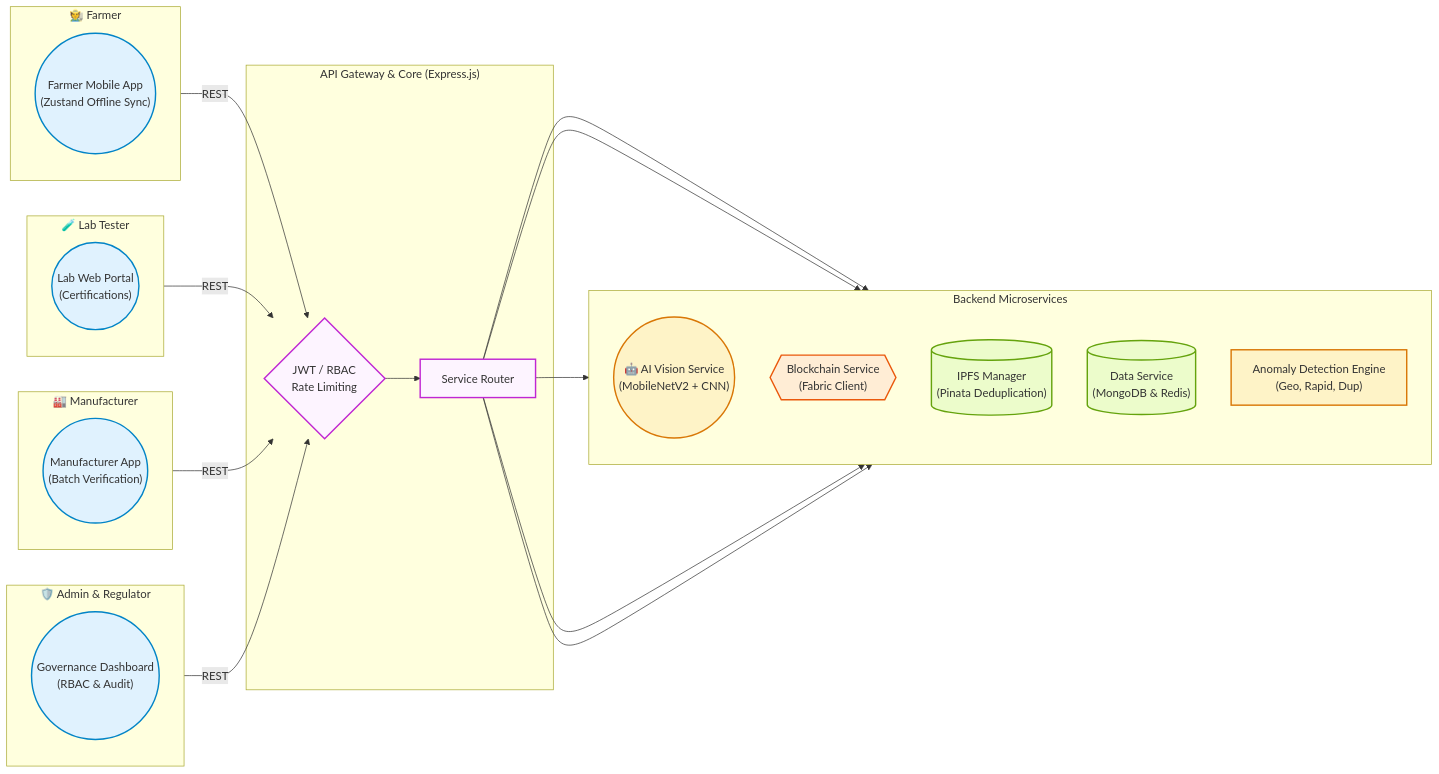
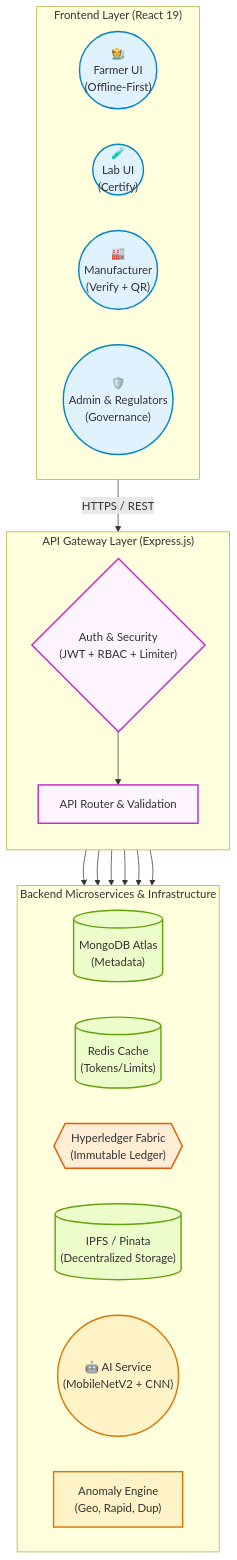
The first of 3 diagrams in README.md (Shravanis30/BotaniLedger), drawn with Mermaid before and after one commit.

Commit message:
docs: restructure architecture diagram to vertical hierarchy

````diff
--- a/README.md
+++ b/README.md
@@ -40,60 +40,54 @@
 ```mermaid
-flowchart LR
-    %% Client Apps
-    subgraph Farmers ["🧑‍🌾 Farmer"]
-        F_App(("Farmer Mobile App<br/>(Zustand Offline Sync)"))
+flowchart TD
+    %% Frontend Layer
+    subgraph Frontend ["Frontend Layer (React 19)"]
+        direction LR
+        F(("🧑‍🌾<br/>Farmer UI<br/>(Offline-First)"))
+        L(("🧪<br/>Lab UI<br/>(Certify)"))
+        M(("🏭<br/>Manufacturer<br/>(Verify + QR)"))
+        A(("🛡️<br/>Admin & Regulators<br/>(Governance)"))
     end
 
-    subgraph Labs ["🧪 Lab Tester"]
-        L_App(("Lab Web Portal<br/>(Certifications)"))
-    end
-
-    subgraph Manufacturers ["🏭 Manufacturer"]
-        M_App(("Manufacturer App<br/>(Batch Verification)"))
-    end
-
-    subgraph Governance ["🛡️ Admin & Regulator"]
-        A_App(("Governance Dashboard<br/>(RBAC & Audit)"))
-    end
-
-    %% API Gateway Layer
-    subgraph API_Gateway ["API Gateway & Core (Express.js)"]
-        Auth{"JWT / RBAC<br/>Rate Limiting"}
-        Router["Service Router"]
+    %% API Gateway
+    subgraph Gateway ["API Gateway Layer (Express.js)"]
+        direction TB
+        Auth{"Auth & Security<br/>(JWT + RBAC + Limiter)"}
+        Router["API Router & Validation"]
         Auth --> Router
     end
 
-    Farmers -->|REST| Auth
-    Labs -->|REST| Auth
-    Manufacturers -->|REST| Auth
-    Governance -->|REST| Auth
+    %% Network Link
+    Frontend -- "HTTPS / REST" --> Gateway
 
-    %% Microservices
-    subgraph Microservices ["Backend Microservices"]
-        direction TB
-        AI_SVC(("🤖 AI Vision Service<br/>(MobileNetV2 + CNN)"))
-        BC_SVC{{"Blockchain Service<br/>(Fabric Client)"}}
-        IPFS_SVC[("IPFS Manager<br/>(Pinata Deduplication)")]
-        Data_SVC[("Data Service<br/>(MongoDB & Redis)")]
-        Anomaly_SVC["Anomaly Detection Engine<br/>(Geo, Rapid, Dup)"]
+    %% Microservices Layer
+    subgraph Microservices ["Backend Microservices & Infrastructure"]
+        direction LR
+        DB[("MongoDB Atlas<br/>(Metadata)")]
+        Cache[("Redis Cache<br/>(Tokens/Limits)")]
+        BC{{"Hyperledger Fabric<br/>(Immutable Ledger)"}}
+        IPFS[("IPFS / Pinata<br/>(Decentralized Storage)")]
+        AI(("🤖 AI Service<br/>(MobileNetV2 + CNN)"))
+        Anomaly["Anomaly Engine<br/>(Geo, Rapid, Dup)"]
     end
 
-    Router --> AI_SVC
-    Router --> BC_SVC
-    Router --> IPFS_SVC
-    Router --> Data_SVC
-    Router --> Anomaly_SVC
+    %% Connections from Router to Services
+    Router --> DB
+    Router --> Cache
+    Router --> BC
+    Router --> IPFS
+    Router --> AI
+    Router --> Anomaly
 
     %% Styling
     classDef app fill:#e0f2fe,stroke:#0284c7,stroke-width:2px;
-    classDef gate fill:#fdf4ff,stroke:#c026d3,stroke-width:2px;
-    classDef svc fill:#fef3c7,stroke:#d97706,stroke-width:2px;
+    classDef api fill:#fdf4ff,stroke:#c026d3,stroke-width:2px;
     classDef data fill:#ecfccb,stroke:#65a30d,stroke-width:2px;
     classDef bc fill:#ffedd5,stroke:#ea580c,stroke-width:2px;
+    classDef ai fill:#fef3c7,stroke:#d97706,stroke-width:2px;
 
-    class F_App,L_App,M_App,A_App app;
-    class Auth,Router gate;
-    class AI_SVC,Anomaly_SVC svc;
-    class IPFS_SVC,Data_SVC data;
-    class BC_SVC bc;
+    class F,L,M,A app;
+    class Auth,Router api;
+    class DB,Cache,IPFS data;
+    class BC bc;
+    class AI,Anomaly ai;
 ```
````
